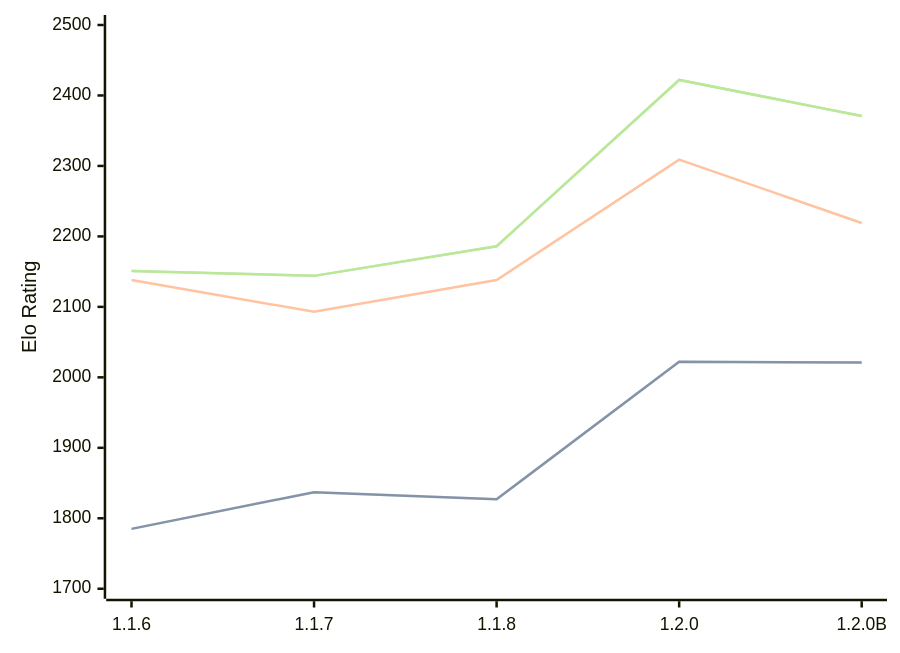
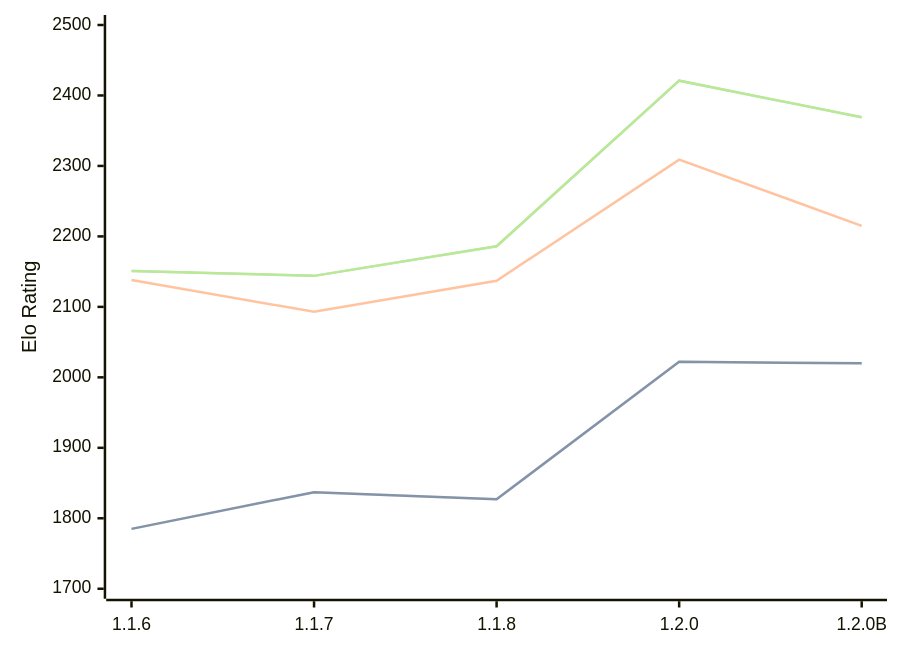
The third of 3 diagrams in engines/Soomi.md (computer-chess-index/cci), drawn with Mermaid before and after one commit. The commit also changed other lines of this file, not shown here.

Commit message:
Update CCI Ratings (ELO VLTC) - 2026-07-15

````diff
--- a/engines/Soomi.md
+++ b/engines/Soomi.md
@@ -68,11 +68,11 @@
 ```mermaid
 %%{init: {"theme":"base","themeVariables":{"seriesColors:['#a3a3a3','#222221','#faa371']}}}%%
 xychart-beta
   x-axis ["1.1.6", "1.1.7", "1.1.8", "1.2.0", "1.2.0B"]
   y-axis "Elo Rating" 1700 --> 2500
-  line "STC (8.0+0.08s)" [1785, 1837, 1827, 2022, 2021]
-  line "STC (8.0+0.08s)" [1785, 1837, 1827, 2022, 2021]
-  line "LTC (60.0+0.60s)" [2138, 2093, 2138, 2309, 2219]
-  line "VLTC (2m24s+1.12s)" [2151, 2144, 2186, 2422, 2371]
-  line "VLTC (2m24s+1.12s)" [2151, 2144, 2186, 2422, 2371]
+  line "STC (8.0+0.08s)" [1785, 1837, 1827, 2022, 2020]
+  line "STC (8.0+0.08s)" [1785, 1837, 1827, 2022, 2020]
+  line "LTC (60.0+0.60s)" [2138, 2093, 2137, 2309, 2215]
+  line "VLTC (2m24s+1.12s)" [2151, 2144, 2186, 2421, 2369]
+  line "VLTC (2m24s+1.12s)" [2151, 2144, 2186, 2421, 2369]
 ```
````
